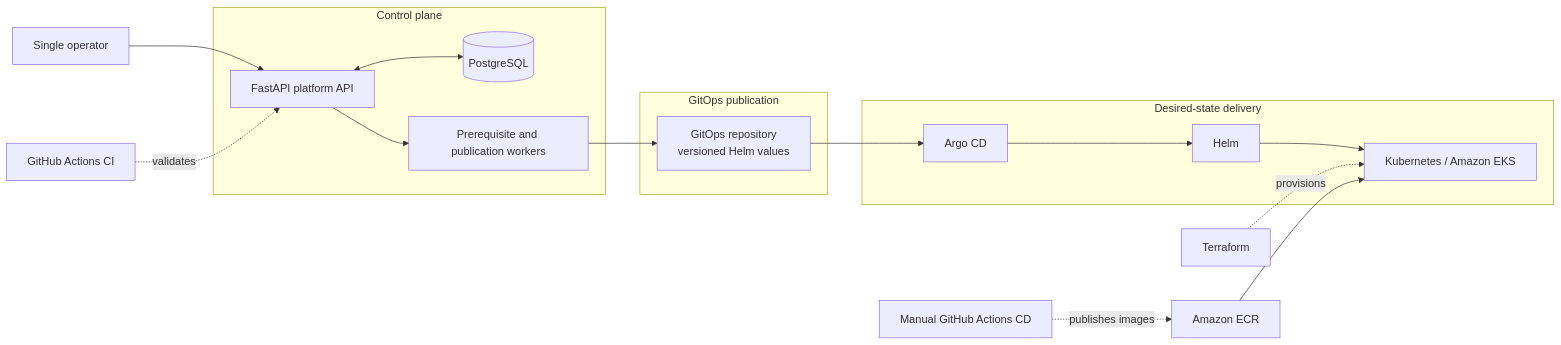
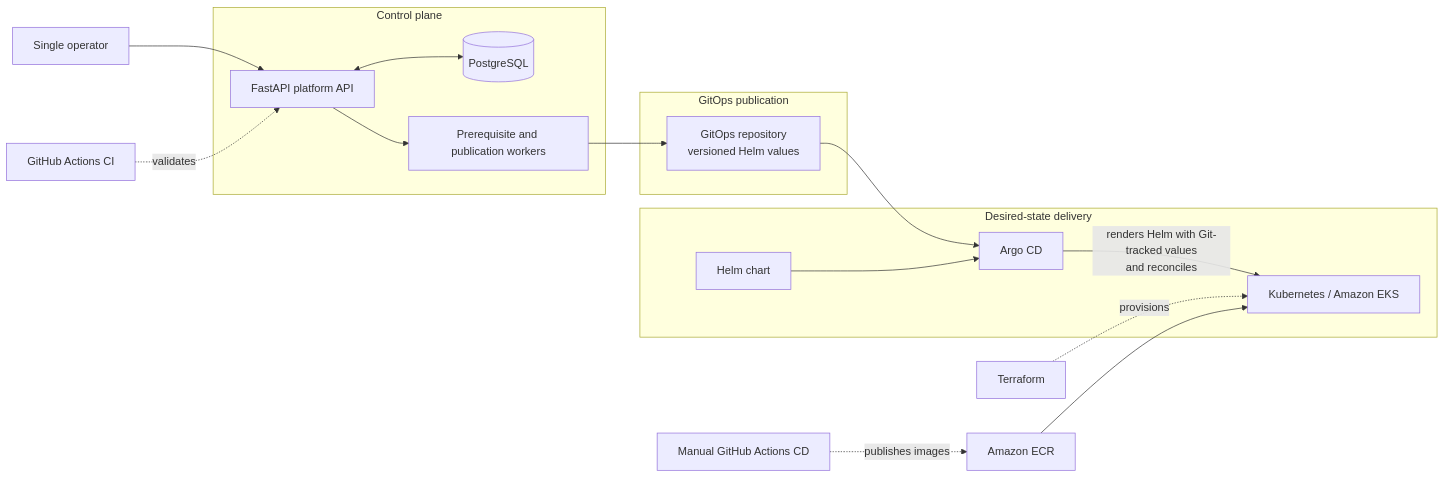
Before and after one commit to EthemKesim/AfterPush: the diagram in README.md, drawn with Mermaid. The commit also changed other lines of this file and 6 other files, not shown here.

````diff
--- a/README.md
+++ b/README.md
@@ -29,24 +29,25 @@
 ```mermaid
 flowchart LR
     Operator[Single operator] --> API[FastAPI platform API]
 
     subgraph Control plane
         API <--> DB[(PostgreSQL)]
         API --> Workers[Prerequisite and publication workers]
     end
 
     subgraph GitOps publication
         Workers --> GitOps[GitOps repository\nversioned Helm values]
     end
 
     subgraph Desired-state delivery
+        Chart[Helm chart]
         GitOps --> Argo[Argo CD]
-        Argo --> Helm[Helm]
-        Helm --> Cluster[Kubernetes / Amazon EKS]
+        Chart --> Argo
+        Argo -->|renders Helm with Git-tracked values\nand reconciles| Cluster[Kubernetes / Amazon EKS]
     end
 
     Terraform[Terraform] -. provisions .-> Cluster
     CI[GitHub Actions CI] -. validates .-> API
     CD[Manual GitHub Actions CD] -. publishes images .-> ECR[Amazon ECR]
     ECR --> Cluster
 ```
````
